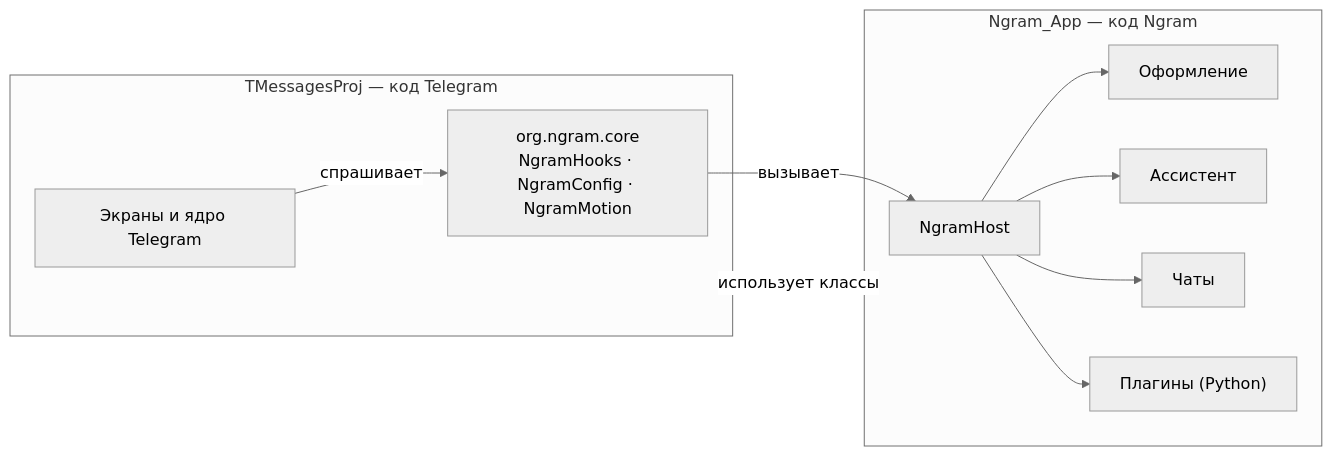
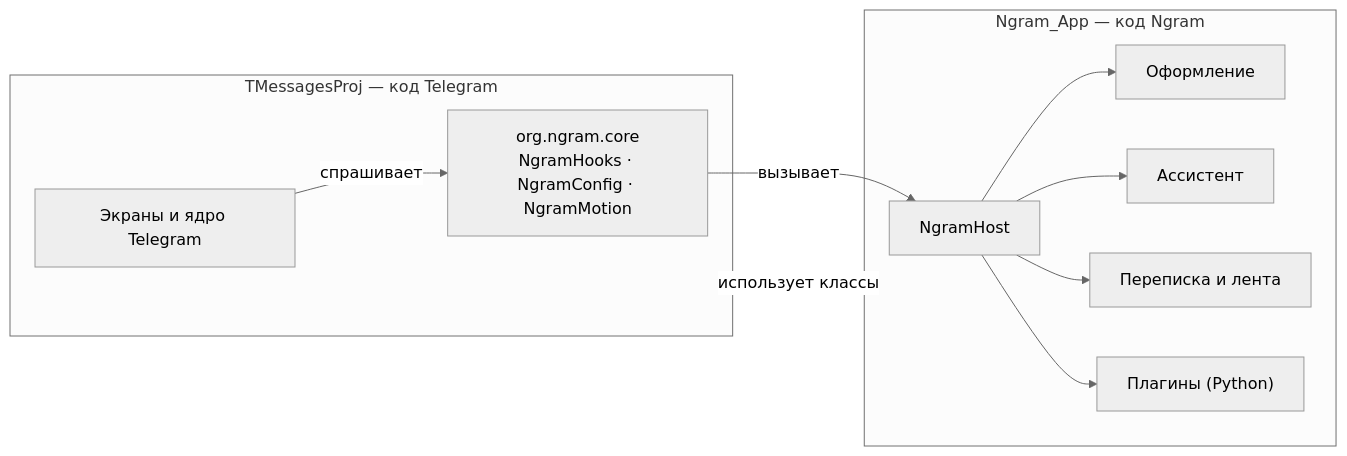
Before and after one commit to Neizvestnyi22/Ngram: the diagram in README.md, drawn with Mermaid (neutral theme). The commit also changed other lines of this file and 37 other files, not shown here.

````diff
--- a/README.md
+++ b/README.md
@@ -159,21 +202,21 @@
 ```mermaid
 flowchart LR
     subgraph T["TMessagesProj — код Telegram"]
         TG["Экраны и ядро Telegram"]
         CORE["org.ngram.core<br/>NgramHooks · NgramConfig · NgramMotion"]
         TG -- "спрашивает" --> CORE
     end
     subgraph N["Ngram_App — код Ngram"]
         HOST["NgramHost"]
         LOOK["Оформление"]
         AI["Ассистент"]
-        CHATS["Чаты"]
+        CHATS["Переписка и лента"]
         PLUG["Плагины (Python)"]
         HOST --> LOOK
         HOST --> CHATS
         HOST --> AI
         HOST --> PLUG
     end
     CORE -- "вызывает" --> HOST
     N -- "использует классы" --> T
 ```
````
